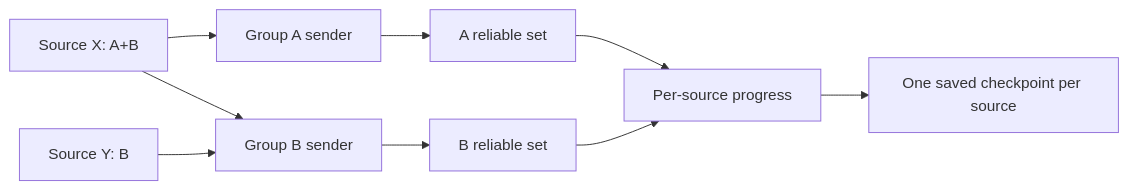
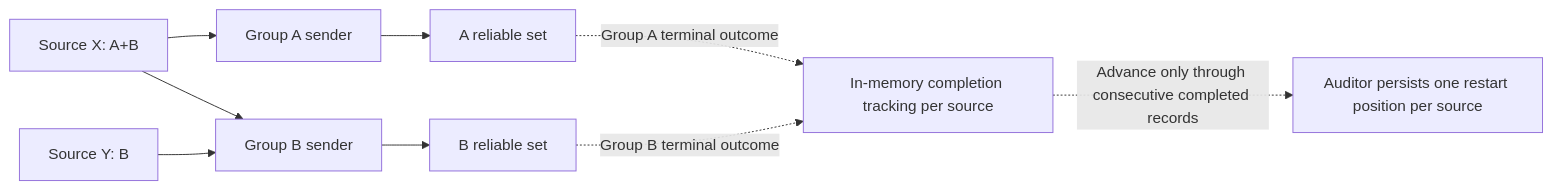
Before and after one commit to DataDog/datadog-agent: the diagram in doc/architecture/logs-routing-mechanism.md, drawn with Mermaid. The commit also changed other lines of this file, not shown here.

First line of the commit message:
Explain routing checkpoint diagram and selection outcomes

````diff
--- a/doc/architecture/logs-routing-mechanism.md
+++ b/doc/architecture/logs-routing-mechanism.md
@@ -45,11 +47,11 @@
 ```mermaid
 flowchart LR
     X["Source X: A+B"] --> A["Group A sender"]
     X --> B["Group B sender"]
     Y["Source Y: B"] --> B
     A --> EA["A reliable set"]
     B --> EB["B reliable set"]
-    EA --> P["Per-source progress"]
-    EB --> P
-    P --> C["One saved checkpoint per source"]
+    EA -.->|"Group A terminal outcome"| P["In-memory completion tracking per source"]
+    EB -.->|"Group B terminal outcome"| P
+    P -.->|"Advance only through consecutive completed records"| C["Auditor persists one restart position per source"]
 ```
````
